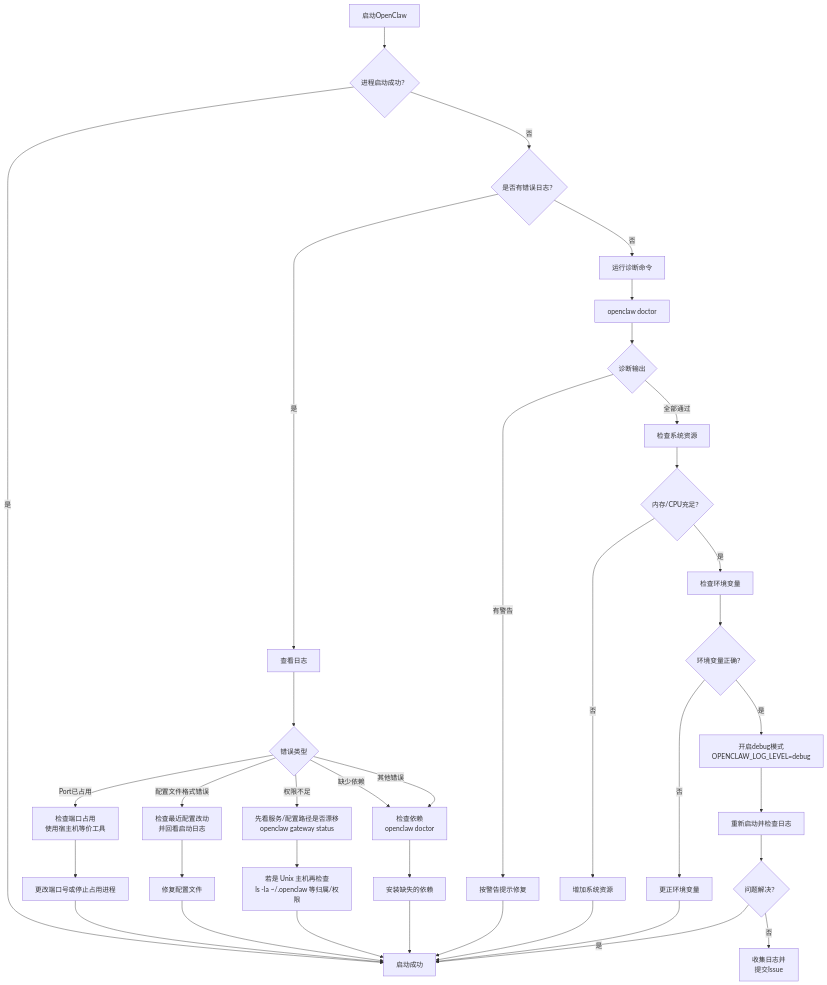
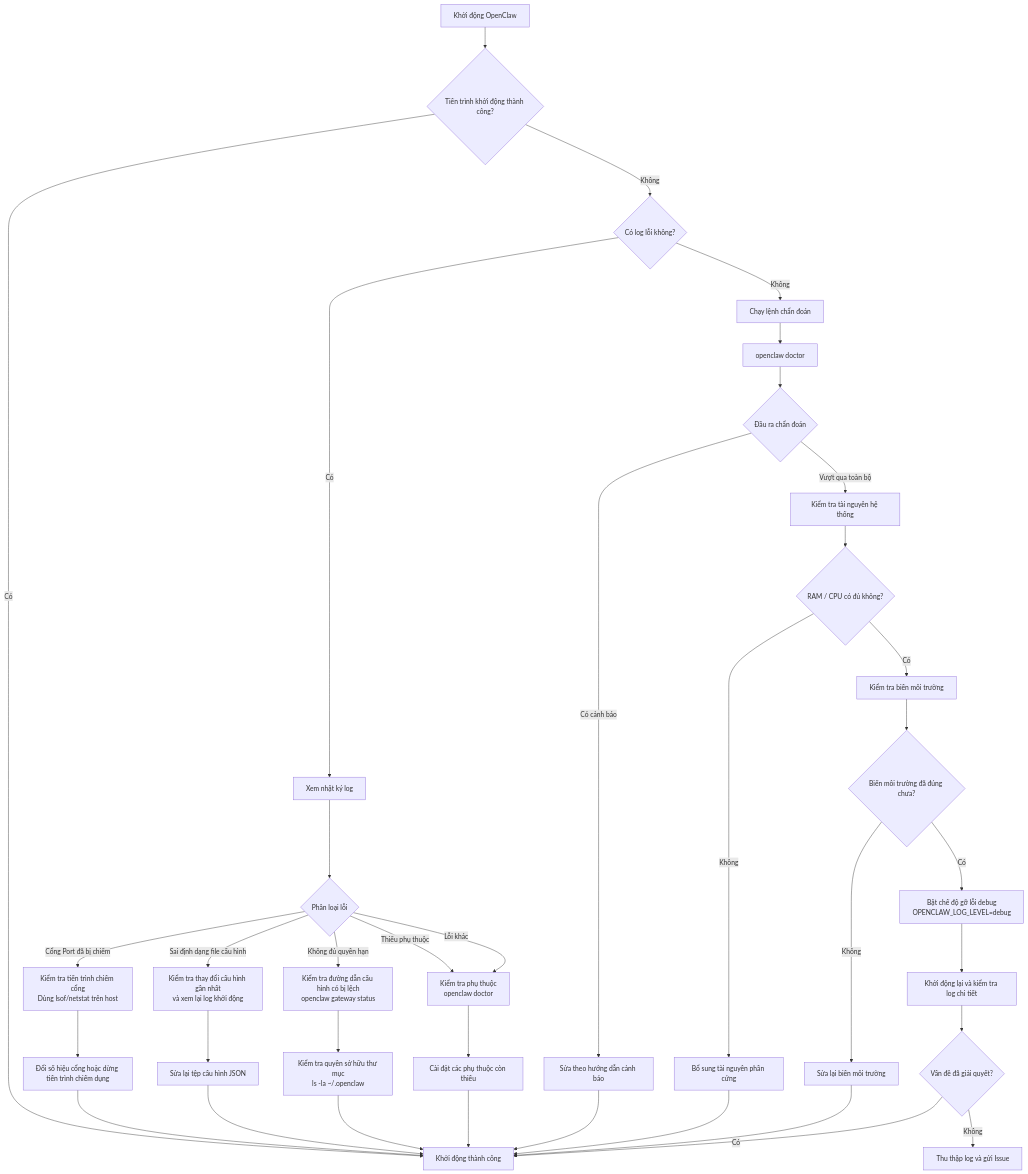
Before and after one commit to dino-edu/openclaw_guide: the second of 7 diagrams in 15_troubleshooting_trees/15.1_diagnostic_decision_trees.md, drawn with Mermaid. The commit also changed other lines of this file and 19 other files, not shown here.

````diff
--- a/15_troubleshooting_trees/15.1_diagnostic_decision_trees.md
+++ b/15_troubleshooting_trees/15.1_diagnostic_decision_trees.md
@@ -52,41 +47,41 @@
 ```mermaid
 graph TD
-    A["启动OpenClaw"] --> B{"进程启动成功？"}
-    B -->|否| C{"是否有错误日志？"}
-    C -->|是| D["查看日志"]
-    D --> E{"错误类型"}
-    E -->|Port已占用| F["检查端口占用<br/>使用宿主机等价工具"]
-    F --> G["更改端口号或停止占用进程"]
-    E -->|配置文件格式错误| H["检查最近配置改动<br/>并回看启动日志"]
-    H --> I["修复配置文件"]
-    E -->|权限不足| J["先看服务/配置路径是否漂移<br/>openclaw gateway status"]
-    J --> K["若是 Unix 主机再检查<br/>ls -la ~/.openclaw 等归属/权限"]
-    E -->|缺少依赖| L["检查依赖<br/>openclaw doctor"]
-    L --> M["安装缺失的依赖"]
-    E -->|其他错误| L
+    A["Khởi động OpenClaw"] --> B{"Tiến trình khởi động thành công?"}
+    B -->|Không| C{"Có log lỗi không?"}
+    C -->|Có| D["Xem nhật ký log"]
+    D --> E{"Phân loại lỗi"}
+    E -->|Cổng Port đã bị chiếm| F["Kiểm tra tiến trình chiếm cổng<br/>Dùng lsof/netstat trên host"]
+    F --> G["Đổi số hiệu cổng hoặc dừng tiến trình chiếm dụng"]
+    E -->|Sai định dạng file cấu hình| H["Kiểm tra thay đổi cấu hình gần nhất<br/>và xem lại log khởi động"]
+    H --> I["Sửa lại tệp cấu hình JSON"]
+    E -->|Không đủ quyền hạn| J["Kiểm tra đường dẫn cấu hình có bị lệch<br/>openclaw gateway status"]
+    J --> K["Kiểm tra quyền sở hữu thư mục<br/>ls -la ~/.openclaw"]
+    E -->|Thiếu phụ thuộc| L["Kiểm tra phụ thuộc<br/>openclaw doctor"]
+    L --> M["Cài đặt các phụ thuộc còn thiếu"]
+    E -->|Lỗi khác| L
 
-    C -->|否| N["运行诊断命令"]
+    C -->|Không| N["Chạy lệnh chẩn đoán"]
     N --> O["openclaw doctor"]
-    O --> P{"诊断输出"}
-    P -->|有警告| Q["按警告提示修复"]
-    P -->|全部通过| R["检查系统资源"]
-    R --> S{"内存/CPU充足？"}
-    S -->|否| T["增加系统资源"]
-    S -->|是| U["检查环境变量"]
-    U --> V{"环境变量正确？"}
-    V -->|否| W["更正环境变量"]
-    V -->|是| X["开启debug模式<br/>OPENCLAW_LOG_LEVEL=debug"]
-    X --> Y["重新启动并检查日志"]
+    O --> P{"Đầu ra chẩn đoán"}
+    P -->|Có cảnh báo| Q["Sửa theo hướng dẫn cảnh báo"]
+    P -->|Vượt qua toàn bộ| R["Kiểm tra tài nguyên hệ thống"]
+    R --> S{"RAM / CPU có đủ không?"}
+    S -->|Không| T["Bổ sung tài nguyên phần cứng"]
+    S -->|Có| U["Kiểm tra biến môi trường"]
+    U --> V{"Biến môi trường đã đúng chưa?"}
+    V -->|Không| W["Sửa lại biến môi trường"]
+    V -->|Có| X["Bật chế độ gỡ lỗi debug<br/>OPENCLAW_LOG_LEVEL=debug"]
+    X --> Y["Khởi động lại và kiểm tra log chi tiết"]
 
-    B -->|是| Z["启动成功"]
+    B -->|Có| Z["Khởi động thành công"]
     G --> Z
     I --> Z
     K --> Z
     M --> Z
     Q --> Z
     T --> Z
     W --> Z
-    Y --> AA{"问题解决？"}
-    AA -->|是| Z
-    AA -->|否| AB["收集日志并<br/>提交Issue"]
+    Y --> AA{"Vấn đề đã giải quyết?"}
+    AA -->|Có| Z
+    AA -->|Không| AB["Thu thập log và gửi Issue"]
 ```
````
